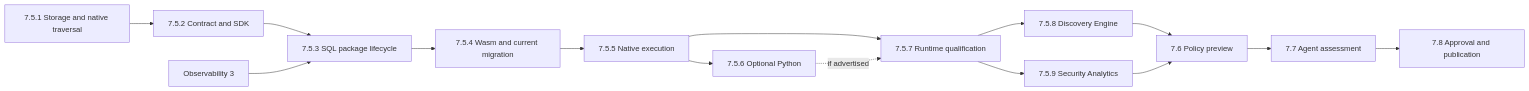
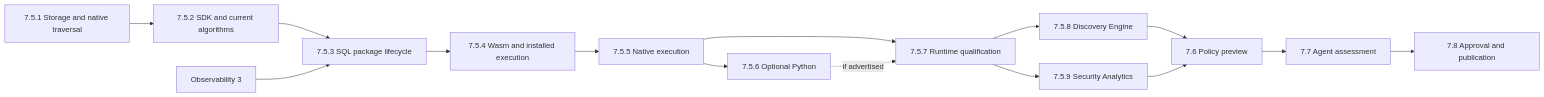
Before and after one commit to Ereborlabs/erebor-runtime: the diagram in docs/plans/mithril-hugging-face-intrusion-prevention/phase-7-mithril-control-and-detection-packages/phase-7-5-graphs-findings-and-notifications/README.md, drawn with Mermaid. The commit also changed other lines of this file and 10 other files, not shown here.

````diff
--- a/docs/plans/mithril-hugging-face-intrusion-prevention/phase-7-mithril-control-and-detection-packages/phase-7-5-graphs-findings-and-notifications/README.md
+++ b/docs/plans/mithril-hugging-face-intrusion-prevention/phase-7-mithril-control-and-detection-packages/phase-7-5-graphs-findings-and-notifications/README.md
@@ -71,17 +72,17 @@
 ```mermaid
 flowchart LR
-    A["7.5.1 Storage and native traversal"] --> B["7.5.2 Contract and SDK"]
+    A["7.5.1 Storage and native traversal"] --> B["7.5.2 SDK and current algorithms"]
     B --> C["7.5.3 SQL package lifecycle"]
     O["Observability 3"] --> C
-    C --> D["7.5.4 Wasm and current migration"]
+    C --> D["7.5.4 Wasm and installed execution"]
     D --> E["7.5.5 Native execution"]
     E --> G["7.5.7 Runtime qualification"]
     E --> F["7.5.6 Optional Python"]
     F -.->|if advertised| G
     G --> H["7.5.8 Discovery Engine"]
     G --> I["7.5.9 Security Analytics"]
     H --> J["7.6 Policy preview"]
     I --> J
     J --> K["7.7 Agent assessment"]
     K --> L["7.8 Approval and publication"]
 ```
````
